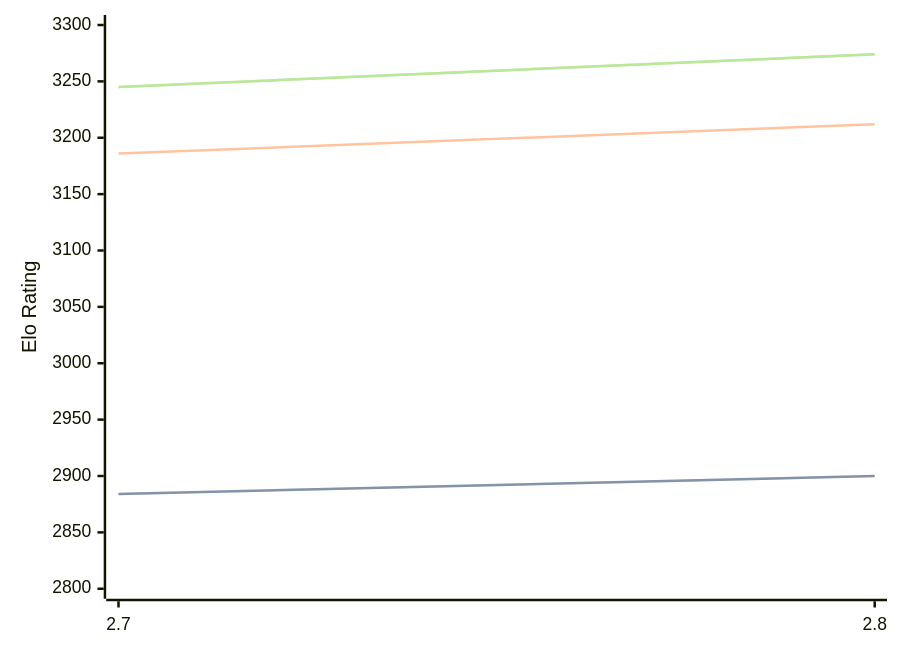
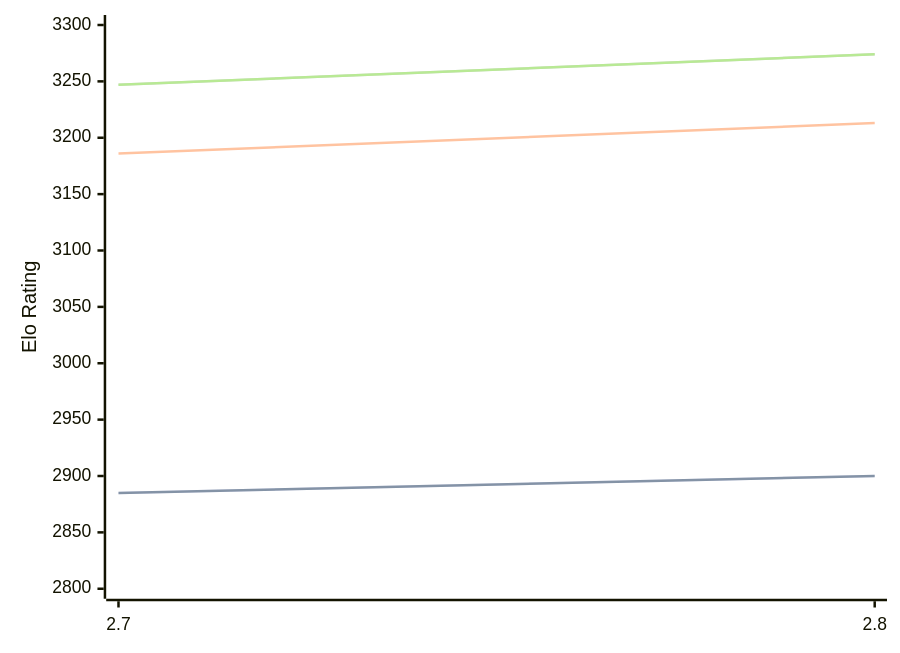
One commit to computer-chess-index/cci changed the first of 3 diagrams in engines/Arcanum.md. Above: the diagram before and after it, drawn with Mermaid. The commit also changed other lines of this file, not shown here.

Commit message:
Update CCI Ratings (ELO VLTC) - 2026-06-15

````diff
--- a/engines/Arcanum.md
+++ b/engines/Arcanum.md
@@ -44,11 +44,11 @@
 ```mermaid
 %%{init: {"theme":"base","themeVariables":{"seriesColors:['#a3a3a3','#222221','#faa371']}}}%%
 xychart-beta
   x-axis ["2.7", "2.8"]
   y-axis "Elo Rating" 2800 --> 3300
-  line "STC (8.0+0.08s)" [2884, 2900]
-  line "STC (8.0+0.08s)" [2884, 2900]
-  line "LTC (60.0+0.60s)" [3186, 3212]
-  line "VLTC (2m24s+1.12s)" [3245, 3274]
-  line "VLTC (2m24s+1.12s)" [3245, 3274]
+  line "STC (8.0+0.08s)" [2885, 2900]
+  line "STC (8.0+0.08s)" [2885, 2900]
+  line "LTC (60.0+0.60s)" [3186, 3213]
+  line "VLTC (2m24s+1.12s)" [3247, 3274]
+  line "VLTC (2m24s+1.12s)" [3247, 3274]
 ```
````
